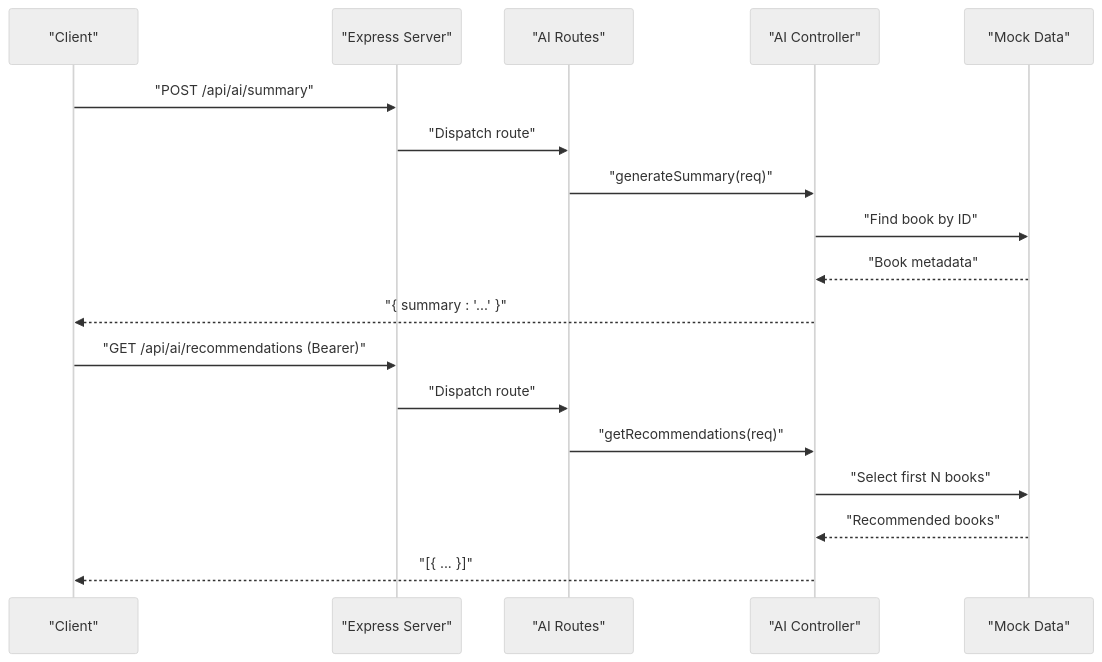
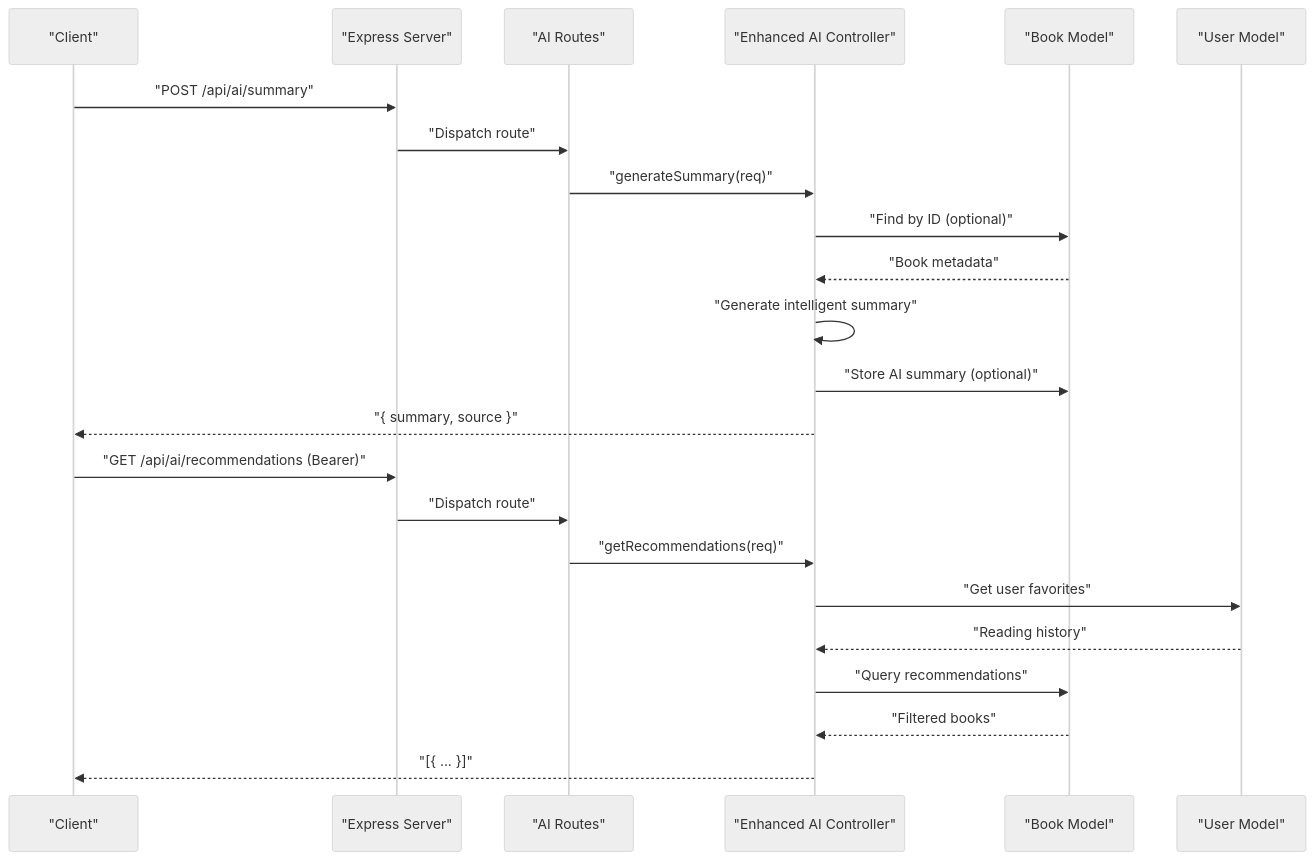
One commit to ganesh-NB/readsphere changed the second of 7 diagrams in .qoder/repowiki/en/content/AI-Powered Features.md. Above: the diagram before and after it, drawn with Mermaid (neutral theme). The commit also changed other lines of this file and 46 other files, not shown here.

````diff
--- a/.qoder/repowiki/en/content/AI-Powered Features.md
+++ b/.qoder/repowiki/en/content/AI-Powered Features.md
@@ -104,20 +125,25 @@
 ```mermaid
 sequenceDiagram
 participant Client as "Client"
 participant Server as "Express Server"
 participant Router as "AI Routes"
-participant Controller as "AI Controller"
-participant Mock as "Mock Data"
+participant Controller as "Enhanced AI Controller"
+participant BookModel as "Book Model"
+participant UserModel as "User Model"
 Client->>Server : "POST /api/ai/summary"
 Server->>Router : "Dispatch route"
 Router->>Controller : "generateSummary(req)"
-Controller->>Mock : "Find book by ID"
-Mock-->>Controller : "Book metadata"
-Controller-->>Client : "{ summary : '...' }"
+Controller->>BookModel : "Find by ID (optional)"
+BookModel-->>Controller : "Book metadata"
+Controller->>Controller : "Generate intelligent summary"
+Controller->>BookModel : "Store AI summary (optional)"
+Controller-->>Client : "{ summary, source }"
 Client->>Server : "GET /api/ai/recommendations (Bearer)"
 Server->>Router : "Dispatch route"
 Router->>Controller : "getRecommendations(req)"
-Controller->>Mock : "Select first N books"
-Mock-->>Controller : "Recommended books"
+Controller->>UserModel : "Get user favorites"
+UserModel-->>Controller : "Reading history"
+Controller->>BookModel : "Query recommendations"
+BookModel-->>Controller : "Filtered books"
 Controller-->>Client : "[{ ... }]"
 ```
````
